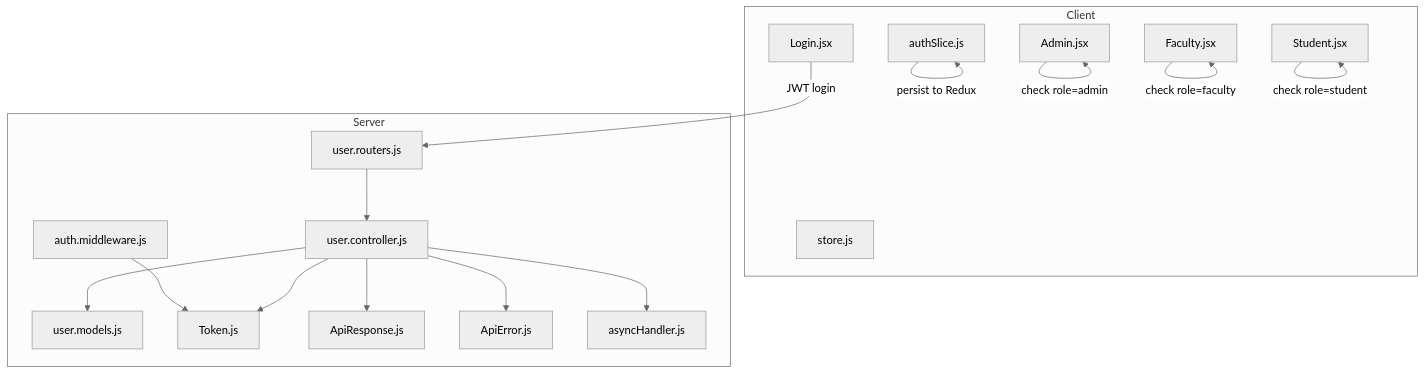
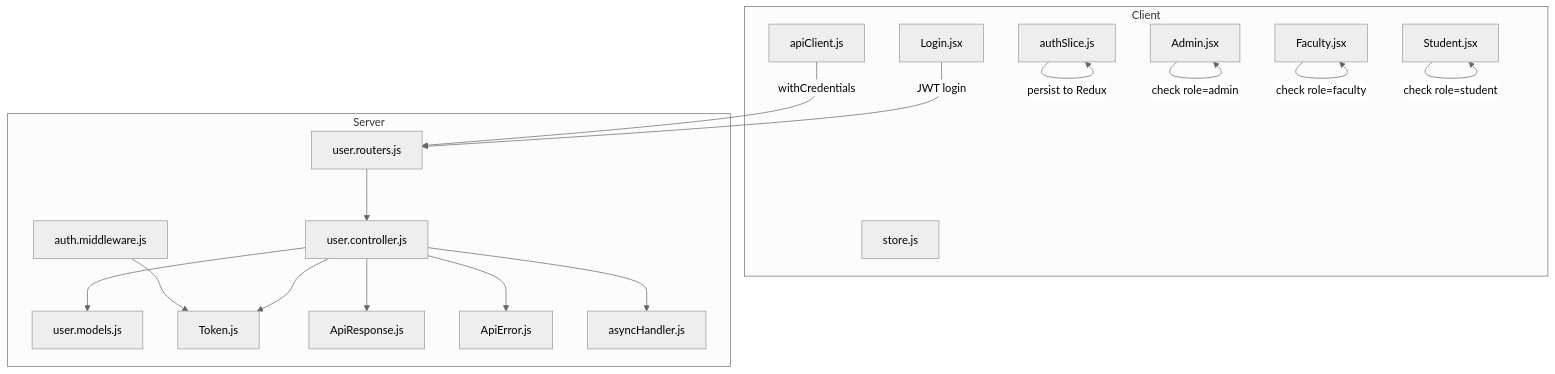
The first of 11 diagrams in .qoder/repowiki/en/content/Authentication & Authorization/Authentication & Authorization.md (Aryan9060/Timetable-Project), drawn with Mermaid (neutral theme) before and after one commit. The commit also changed other lines of this file and 7 other files, not shown here.

First line of the commit message:
feat(auth): implement comprehensive JWT-based authentication system

````diff
--- a/.qoder/repowiki/en/content/Authentication & Authorization/Authentication & Authorization.md
+++ b/.qoder/repowiki/en/content/Authentication & Authorization/Authentication & Authorization.md
@@ -59,33 +64,35 @@
 ```mermaid
 graph TB
 subgraph "Client"
 A["Login.jsx"]
 B["authSlice.js"]
 C["store.js"]
 D["Admin.jsx"]
 E["Faculty.jsx"]
 F["Student.jsx"]
+G["apiClient.js"]
 end
 subgraph "Server"
-G["user.routers.js"]
-H["user.controller.js"]
-I["user.models.js"]
-J["auth.middleware.js"]
-K["Token.js"]
-L["ApiResponse.js"]
-M["ApiError.js"]
-N["asyncHandler.js"]
+H["user.routers.js"]
+I["user.controller.js"]
+J["user.models.js"]
+K["auth.middleware.js"]
+L["Token.js"]
+M["ApiResponse.js"]
+N["ApiError.js"]
+O["asyncHandler.js"]
 end
-A --> |JWT login| G
-G --> H
+A --> |JWT login| H
+G --> |withCredentials| H
 H --> I
-H --> K
-H --> L
-H --> M
-H --> N
-J --> K
+I --> J
+I --> L
+I --> M
+I --> N
+I --> O
+K --> L
 B --> |persist to Redux| B
 D --> |check role=admin| D
 E --> |check role=faculty| E
 F --> |check role=student| F
 ```
````
